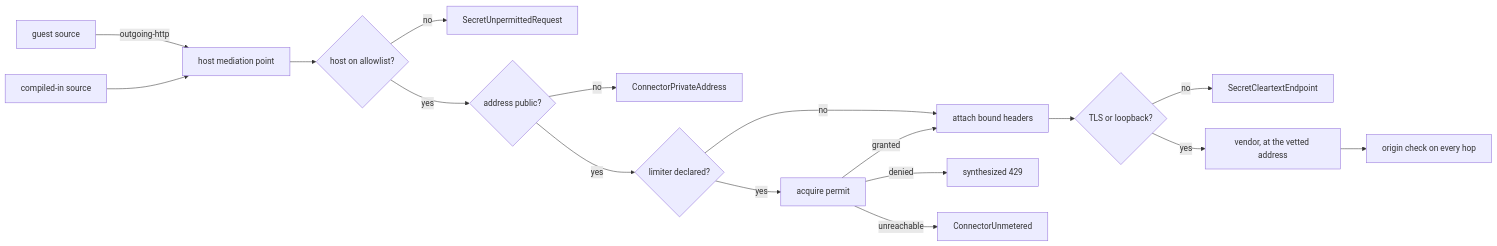
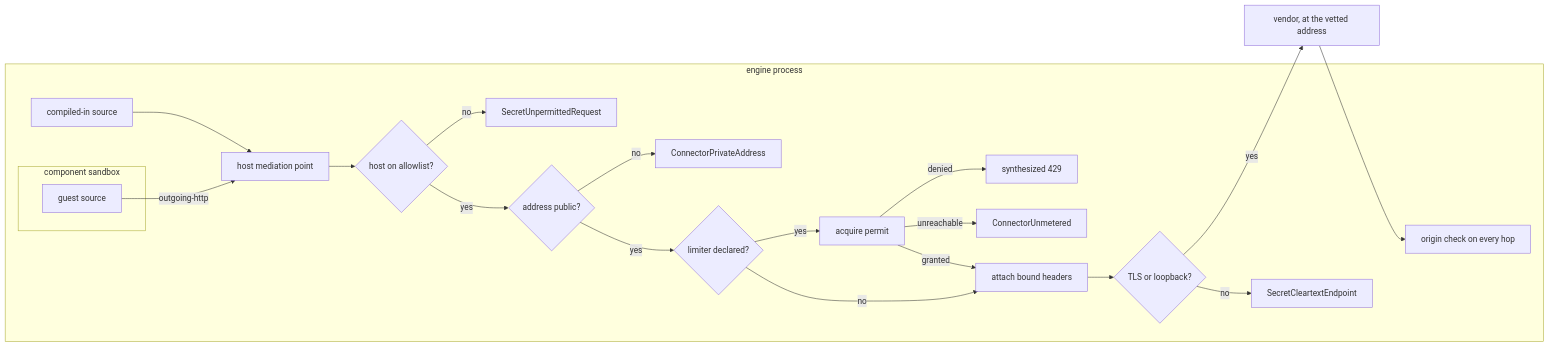
The fifth of 5 diagrams in spec/40-connector.md (fractalboxdev/contextful), drawn with Mermaid before and after one commit. The commit also changed other lines of this file and 33 other files, not shown here.

Commit message:
spec: diagrams draw contracts, parties and trust zones as containers; a node standing for one is refused

````diff
--- a/spec/40-connector.md
+++ b/spec/40-connector.md
@@ -445,19 +466,39 @@
 ```mermaid
 flowchart LR
-  G["guest source"] -->|outgoing-http| M["host mediation point"]
-  N["compiled-in source"] --> M
-  M --> A{"host on allowlist?"}
-  A -->|no| R1["SecretUnpermittedRequest"]
-  A -->|yes| D{"address public?"}
-  D -->|no| R0["ConnectorPrivateAddress"]
-  D -->|yes| L{"limiter declared?"}
-  L -->|no| H["attach bound headers"]
-  L -->|yes| Q["acquire permit"]
-  Q -->|denied| R2["synthesized 429"]
-  Q -->|unreachable| R3["ConnectorUnmetered"]
+  subgraph ENGINE["engine process"]
+    subgraph SANDBOX["component sandbox"]
+      G["guest source"]
+    end
+    N["compiled-in source"]
+    M["host mediation point"]
+    A{"host on allowlist?"}
+    R1["SecretUnpermittedRequest"]
+    D{"address public?"}
+    R0["ConnectorPrivateAddress"]
+    L{"limiter declared?"}
+    Q["acquire permit"]
+    R2["synthesized 429"]
+    R3["ConnectorUnmetered"]
+    H["attach bound headers"]
+    S{"TLS or loopback?"}
+    R4["SecretCleartextEndpoint"]
+    P["origin check on every hop"]
+  end
+  V["vendor, at the vetted address"]
+  G -->|outgoing-http| M
+  N --> M
+  M --> A
+  A -->|no| R1
+  A -->|yes| D
+  D -->|no| R0
+  D -->|yes| L
+  L -->|no| H
+  L -->|yes| Q
+  Q -->|denied| R2
+  Q -->|unreachable| R3
   Q -->|granted| H
-  H --> S{"TLS or loopback?"}
-  S -->|no| R4["SecretCleartextEndpoint"]
-  S -->|yes| V["vendor, at the vetted address"]
-  V --> P["origin check on every hop"]
+  H --> S
+  S -->|no| R4
+  S -->|yes| V
+  V --> P
 ```
````
